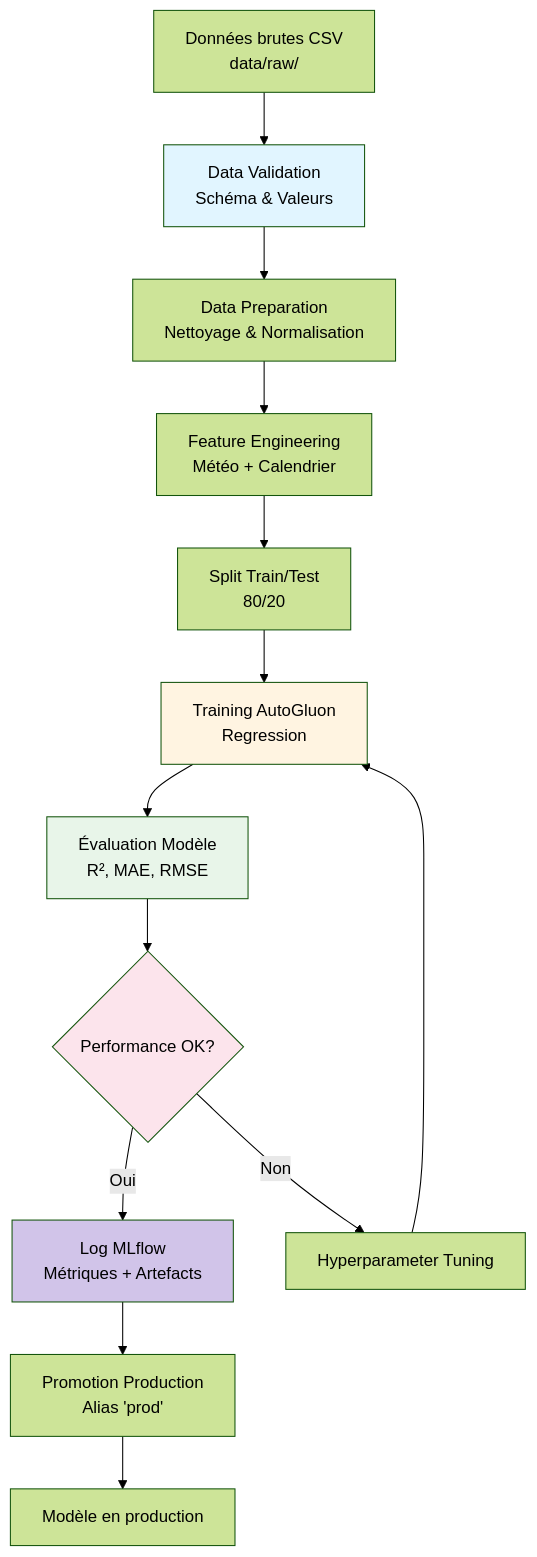
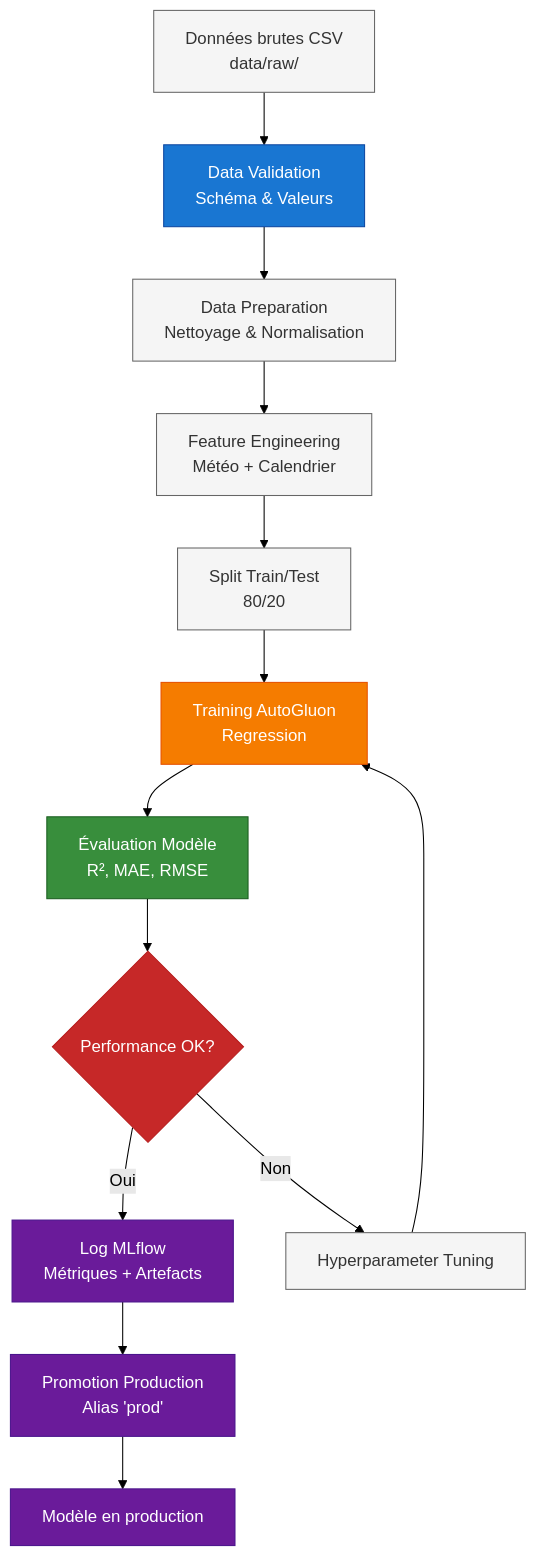
One commit to jinsudai/jinsudai changed the fourth of 21 diagrams in docs/ARCHITECTURE_MLOPS.md. Above: the diagram before and after it, drawn with Mermaid (forest theme). The commit also changed other lines of this file and 9 other files, not shown here.

````diff
--- a/docs/ARCHITECTURE_MLOPS.md
+++ b/docs/ARCHITECTURE_MLOPS.md
@@ -177,21 +193,28 @@
 ```mermaid
 flowchart TD
+    classDef validation fill:#1976D2,stroke:#0D47A1,color:#fff
+    classDef training fill:#F57C00,stroke:#E65100,color:#fff
+    classDef evaluation fill:#388E3C,stroke:#1B5E20,color:#fff
+    classDef decision fill:#C62828,stroke:#B71C1C,color:#fff
+    classDef deployment fill:#6A1B9A,stroke:#4A148C,color:#fff
+    classDef default fill:#f5f5f5,stroke:#666,color:#333
+
     A[Données brutes CSV<br/>data/raw/] --> B[Data Validation<br/>Schéma & Valeurs]
     B --> C[Data Preparation<br/>Nettoyage & Normalisation]
     C --> D[Feature Engineering<br/>Météo + Calendrier]
     D --> E[Split Train/Test<br/>80/20]
     E --> F[Training AutoGluon<br/>Regression]
     F --> G[Évaluation Modèle<br/>R², MAE, RMSE]
     G --> H{Performance OK?}
     H -->|Oui| I[Log MLflow<br/>Métriques + Artefacts]
     H -->|Non| J[Hyperparameter Tuning]
     J --> F
     I --> K[Promotion Production<br/>Alias 'prod']
     K --> L[Modèle en production]
-    
-    style B fill:#e1f5ff
-    style F fill:#fff4e1
-    style G fill:#e8f5e9
-    style H fill:#fce4ec
-    style I fill:#d1c4e9
+
+    class B validation
+    class F training
+    class G evaluation
+    class H decision
+    class I,K,L deployment
 ```
````
